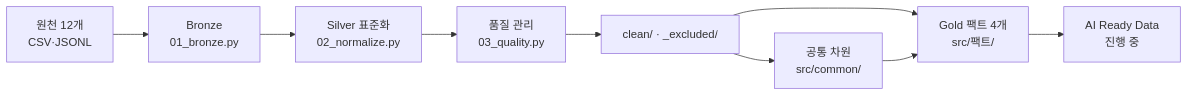
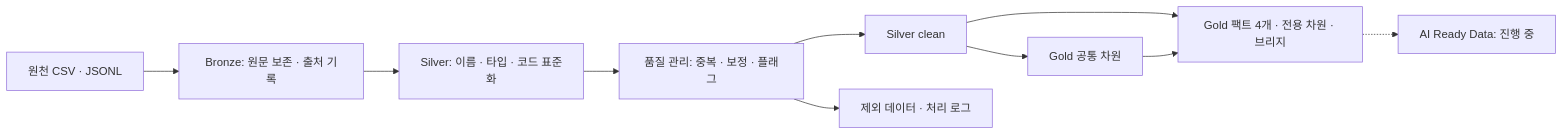
One commit to encore-ai-campus/mlo-03-p2-team3 changed the second of 2 diagrams in README.md. Above: the diagram before and after it, drawn with Mermaid. The commit also changed other lines of this file and 7 other files, not shown here.

Commit message:
docs: 요구사항 명세서 상세화 및 통합 ERD·프로젝트 문서 정리

````diff
--- a/README.md
+++ b/README.md
@@ -211,11 +222,12 @@
 ```mermaid
 flowchart LR
-    O[원천 12개<br/>CSV·JSONL] --> B[Bronze<br/>01_bronze.py]
-    B --> S[Silver 표준화<br/>02_normalize.py]
-    S --> Q[품질 관리<br/>03_quality.py]
-    Q --> C[clean/ · _excluded/]
-    C --> D[공통 차원<br/>src/common/]
-    C --> G[Gold 팩트 4개<br/>src/팩트/]
+    O["원천 CSV · JSONL"] --> B["Bronze: 원문 보존 · 출처 기록"]
+    B --> S["Silver: 이름 · 타입 · 코드 표준화"]
+    S --> Q["품질 관리: 중복 · 보정 · 플래그"]
+    Q --> C["Silver clean"]
+    Q --> E["제외 데이터 · 처리 로그"]
+    C --> D["Gold 공통 차원"]
+    C --> G["Gold 팩트 4개 · 전용 차원 · 브리지"]
     D --> G
-    G --> A[AI Ready Data<br/>진행 중]
+    G -.-> A["AI Ready Data: 진행 중"]
 ```
````
